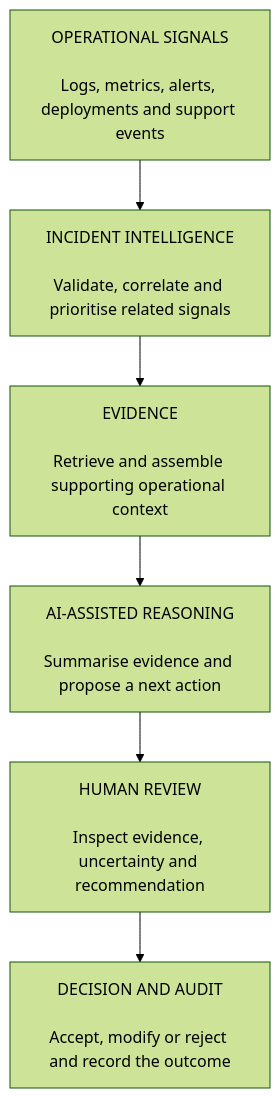
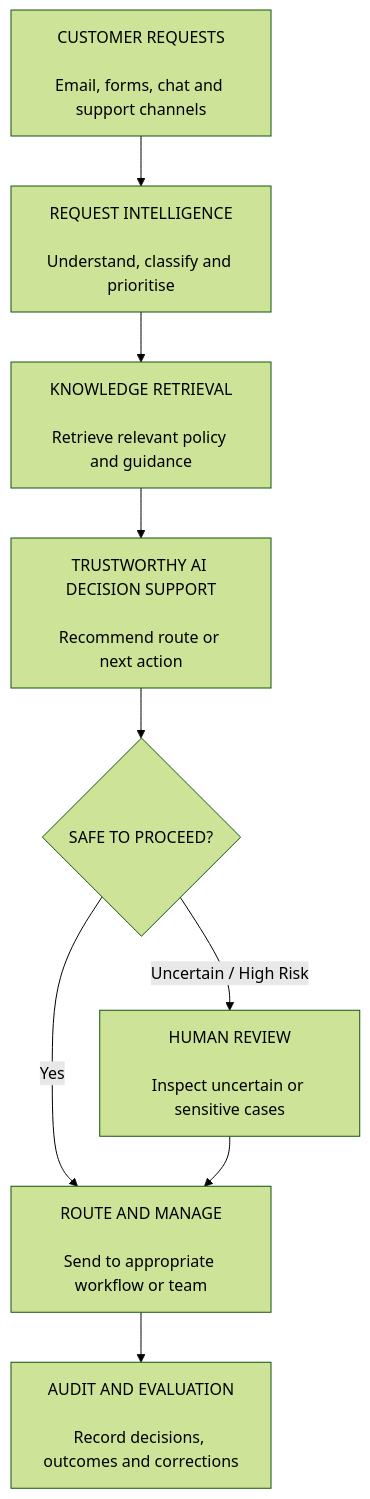
The first of 3 diagrams in README.md (hammedfataio/Sigvora), drawn with Mermaid (forest theme) before and after one commit. The commit also changed other lines of this file, not shown here.

````diff
--- a/README.md
+++ b/README.md
@@ -53,21 +54,30 @@
 ```mermaid
 flowchart TD
 
-    A["OPERATIONAL SIGNALS<br/><br/>Logs, metrics, alerts, deployments and support events"]
+    A["CUSTOMER REQUESTS<br/><br/>Email, forms, chat and support channels"]
 
-    B["INCIDENT INTELLIGENCE<br/><br/>Validate, correlate and prioritise related signals"]
+    B["REQUEST INTELLIGENCE<br/><br/>Understand, classify and prioritise"]
 
-    C["EVIDENCE<br/><br/>Retrieve and assemble supporting operational context"]
+    C["KNOWLEDGE RETRIEVAL<br/><br/>Retrieve relevant policy and guidance"]
 
-    D["AI-ASSISTED REASONING<br/><br/>Summarise evidence and propose a next action"]
+    D["TRUSTWORTHY AI DECISION SUPPORT<br/><br/>Recommend route or next action"]
 
-    E["HUMAN REVIEW<br/><br/>Inspect evidence, uncertainty and recommendation"]
+    E{"SAFE TO PROCEED?"}
 
-    F["DECISION AND AUDIT<br/><br/>Accept, modify or reject and record the outcome"]
+    F["ROUTE AND MANAGE<br/><br/>Send to appropriate workflow or team"]
+
+    G["HUMAN REVIEW<br/><br/>Inspect uncertain or sensitive cases"]
+
+    H["AUDIT AND EVALUATION<br/><br/>Record decisions, outcomes and corrections"]
 
     A --> B
     B --> C
     C --> D
     D --> E
-    E --> F
+
+    E -->|"Yes"| F
+    E -->|"Uncertain / High Risk"| G
+
+    G --> F
+    F --> H
 ```
````
